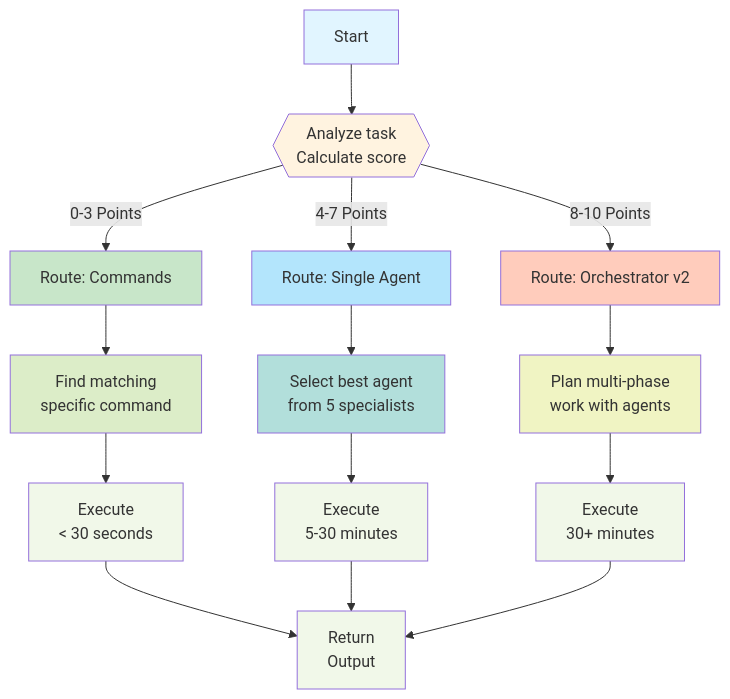
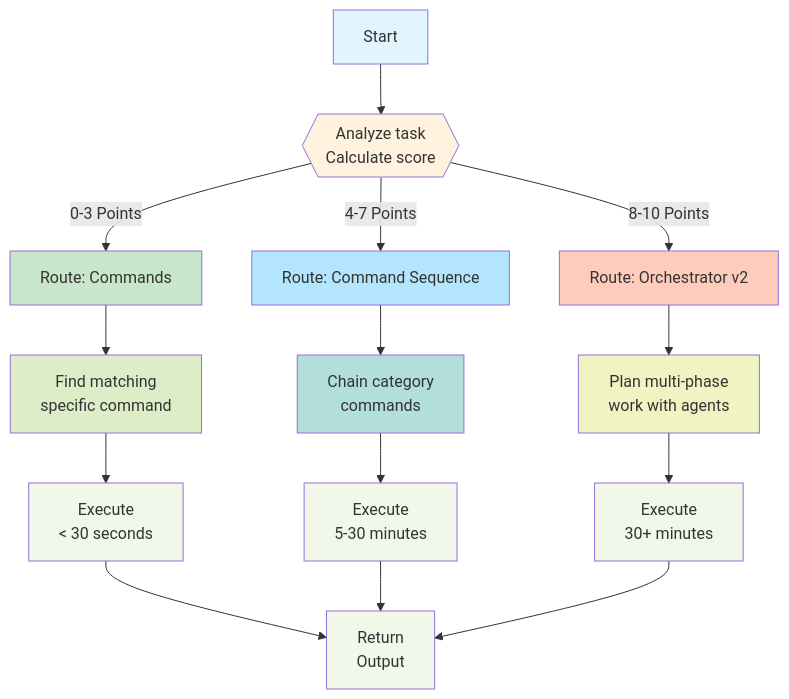
One commit to Data-Wise/craft changed the fifth of 8 diagrams in docs/guide/claude-code-2.1-integration.md. Above: the diagram before and after it, drawn with Mermaid. The commit also changed other lines of this file and 51 other files, not shown here.

````diff
--- a/docs/guide/claude-code-2.1-integration.md
+++ b/docs/guide/claude-code-2.1-integration.md
@@ -207,33 +207,33 @@
 ```mermaid
 flowchart TD
     A["Start"] --> B{{"Analyze task<br/>Calculate score"}}
 
     B -->|0-3 Points| C["Route: Commands"]
-    B -->|4-7 Points| D["Route: Single Agent"]
+    B -->|4-7 Points| D["Route: Command Sequence"]
     B -->|8-10 Points| E["Route: Orchestrator v2"]
 
     C --> F["Find matching<br/>specific command"]
-    D --> G["Select best agent<br/>from 5 specialists"]
+    D --> G["Chain category<br/>commands"]
     E --> H["Plan multi-phase<br/>work with agents"]
 
     F --> I["Execute<br/>< 30 seconds"]
     G --> J["Execute<br/>5-30 minutes"]
     H --> K["Execute<br/>30+ minutes"]
 
     I --> L["Return<br/>Output"]
     J --> L
     K --> L
 
     style A fill:#e1f5ff
     style B fill:#fff3e0
     style C fill:#c8e6c9
     style D fill:#b3e5fc
     style E fill:#ffccbc
     style F fill:#dcedc8
     style G fill:#b2dfdb
     style H fill:#f0f4c3
     style I fill:#f1f8e9
     style J fill:#f1f8e9
     style K fill:#f1f8e9
     style L fill:#f1f8e9
 ```
````
